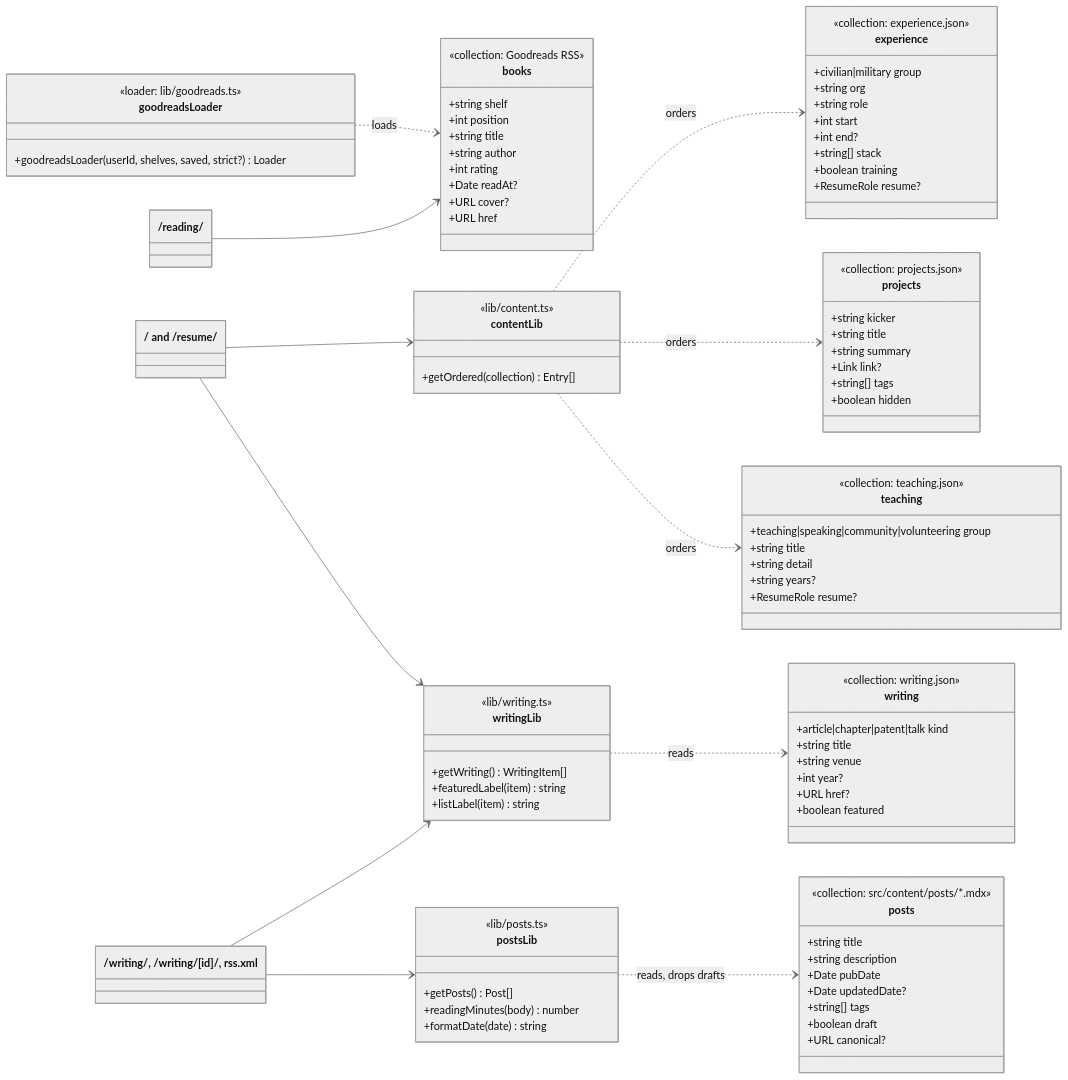
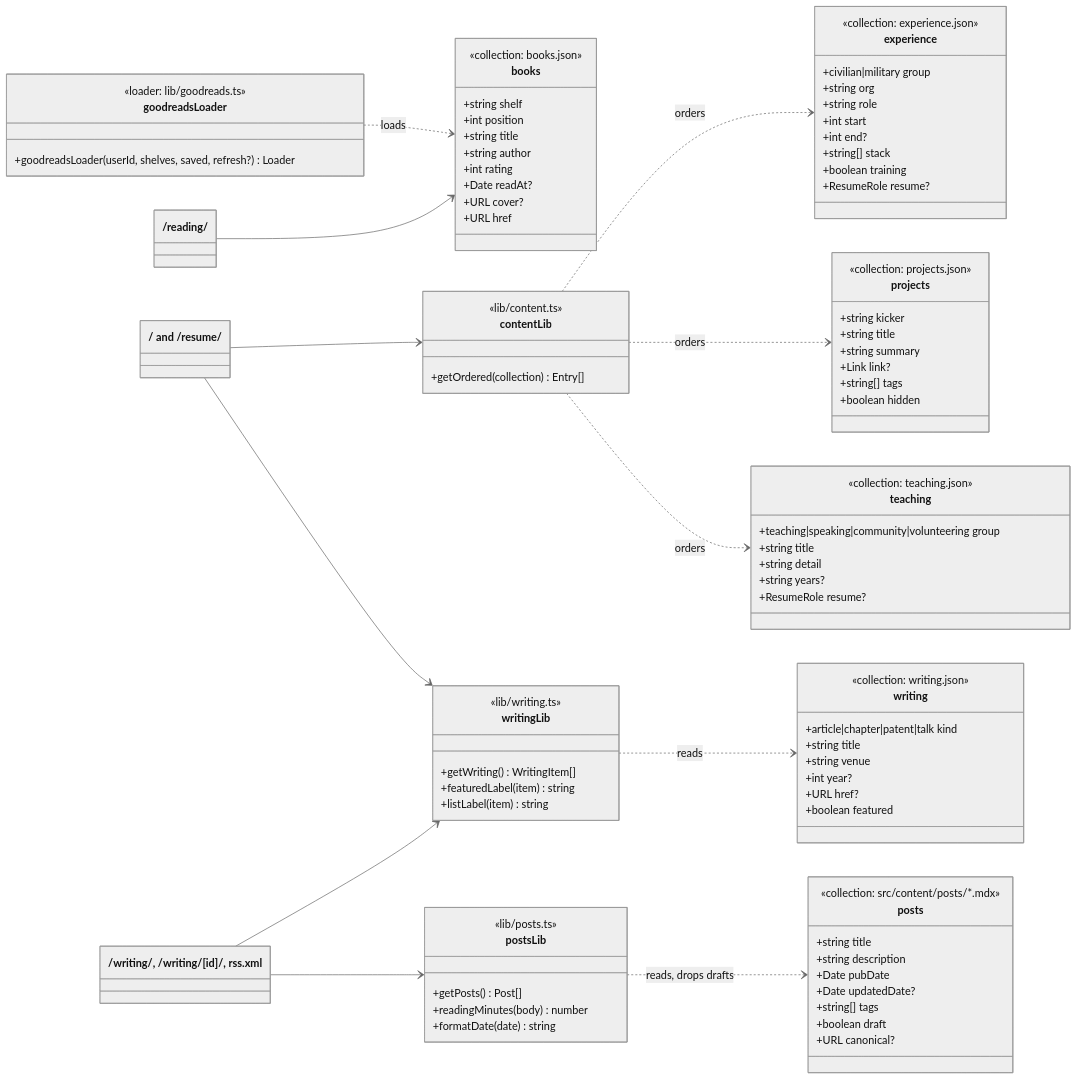
The diagram in docs/architecture/content-model.md (jimmykurian/personal-site), drawn with Mermaid (neutral theme) before and after one commit. The commit also changed other lines of this file and 23 other files, not shown here.

First line of the commit message:
fix(reading): read the Goodreads shelf widgets, which replace the retired RSS feeds (#55)

```diff
--- a/docs/architecture/content-model.md
+++ b/docs/architecture/content-model.md
@@ -60,7 +60,7 @@
         +ResumeRole resume?
     }
     class books {
-        <<collection: Goodreads RSS>>
+        <<collection: books.json>>
         +string shelf
         +int position
         +string title
@@ -73,7 +73,7 @@
 
     class goodreadsLoader {
         <<loader: lib/goodreads.ts>>
-        +goodreadsLoader(userId, shelves, saved, strict?) Loader
+        +goodreadsLoader(userId, shelves, saved, refresh?) Loader
     }
     class postsLib {
         <<lib/posts.ts>>
```
